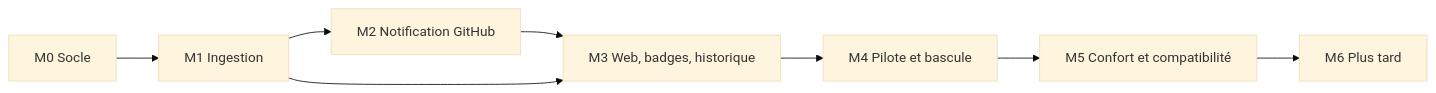
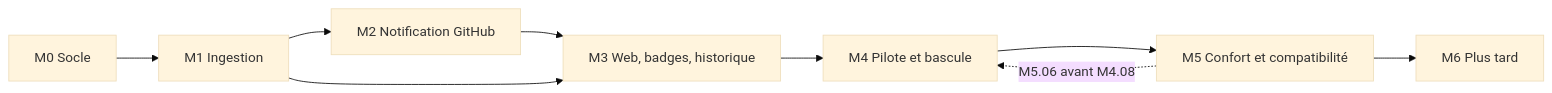
Before and after one commit to gaetanthouvenin/code-coverage: the first of 6 diagrams in docs/PLAN.md, drawn with Mermaid (base theme). The commit also changed other lines of this file and 1 other file, not shown here.

````diff
--- a/docs/PLAN.md
+++ b/docs/PLAN.md
@@ -111,10 +111,11 @@
 ```mermaid
 graph LR
   M0["M0 Socle"] --> M1["M1 Ingestion"]
   M1 --> M2["M2 Notification GitHub"]
   M2 --> M3["M3 Web, badges, historique"]
   M1 --> M3
   M3 --> M4["M4 Pilote et bascule"]
   M4 --> M5["M5 Confort et compatibilité"]
+  M5 -. "M5.06 avant M4.08" .-> M4
   M5 --> M6["M6 Plus tard"]
 ```
````
